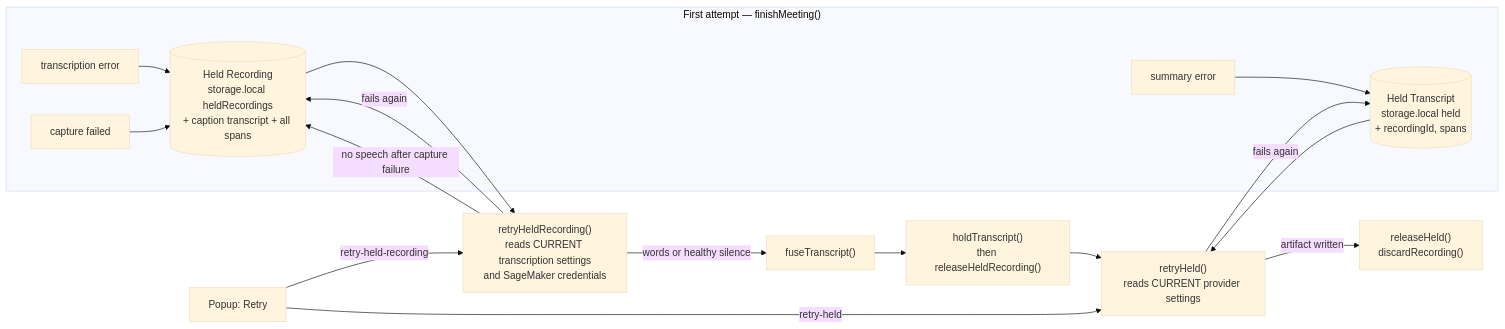
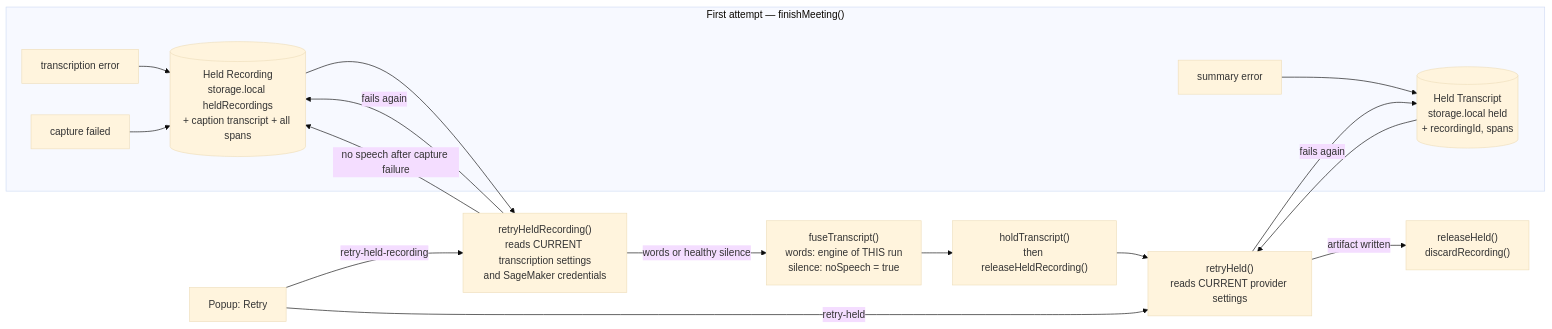
One commit to dominic676767/meeting-summarizer changed the tenth of 11 diagrams in docs/ARCHITECTURE.md. Above: the diagram before and after it, drawn with Mermaid (base theme). The commit also changed other lines of this file and 9 other files, not shown here.

````diff
--- a/docs/ARCHITECTURE.md
+++ b/docs/ARCHITECTURE.md
@@ -523,20 +525,20 @@
 ```mermaid
 flowchart LR
     subgraph first["First attempt — finishMeeting()"]
         txFail["transcription error"] --> hr[("Held Recording<br/>storage.local heldRecordings<br/>+ caption transcript + all spans")]
         capFail["capture failed"] --> hr
         sumFail["summary error"] --> ht[("Held Transcript<br/>storage.local held<br/>+ recordingId, spans")]
     end
 
     popup["Popup: Retry"] -- "retry-held-recording" --> rhr["retryHeldRecording()<br/>reads CURRENT transcription settings<br/>and SageMaker credentials"]
     hr --> rhr
-    rhr -- "words or healthy silence" --> fuse2["fuseTranscript()"] --> ht2["holdTranscript()<br/>then releaseHeldRecording()"]
+    rhr -- "words or healthy silence" --> fuse2["fuseTranscript()<br/>words: engine of THIS run<br/>silence: noSpeech = true"] --> ht2["holdTranscript()<br/>then releaseHeldRecording()"]
     ht2 --> rh
     rhr -- "fails again" --> hr
     rhr -- "no speech after capture failure" --> hr
 
     popup -- "retry-held" --> rh["retryHeld()<br/>reads CURRENT provider settings"]
     ht --> rh
     rh -- "artifact written" --> rel["releaseHeld()<br/>discardRecording()"]
     rh -- "fails again" --> ht
 ```
````
